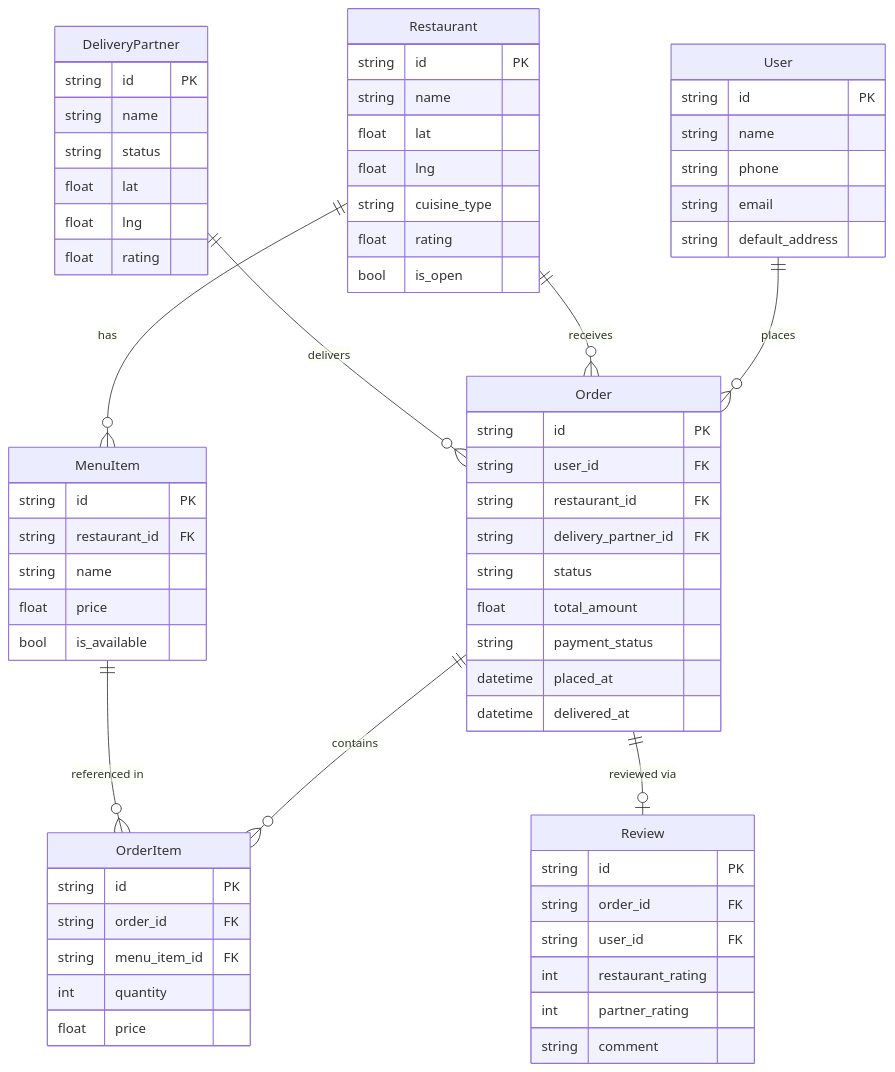
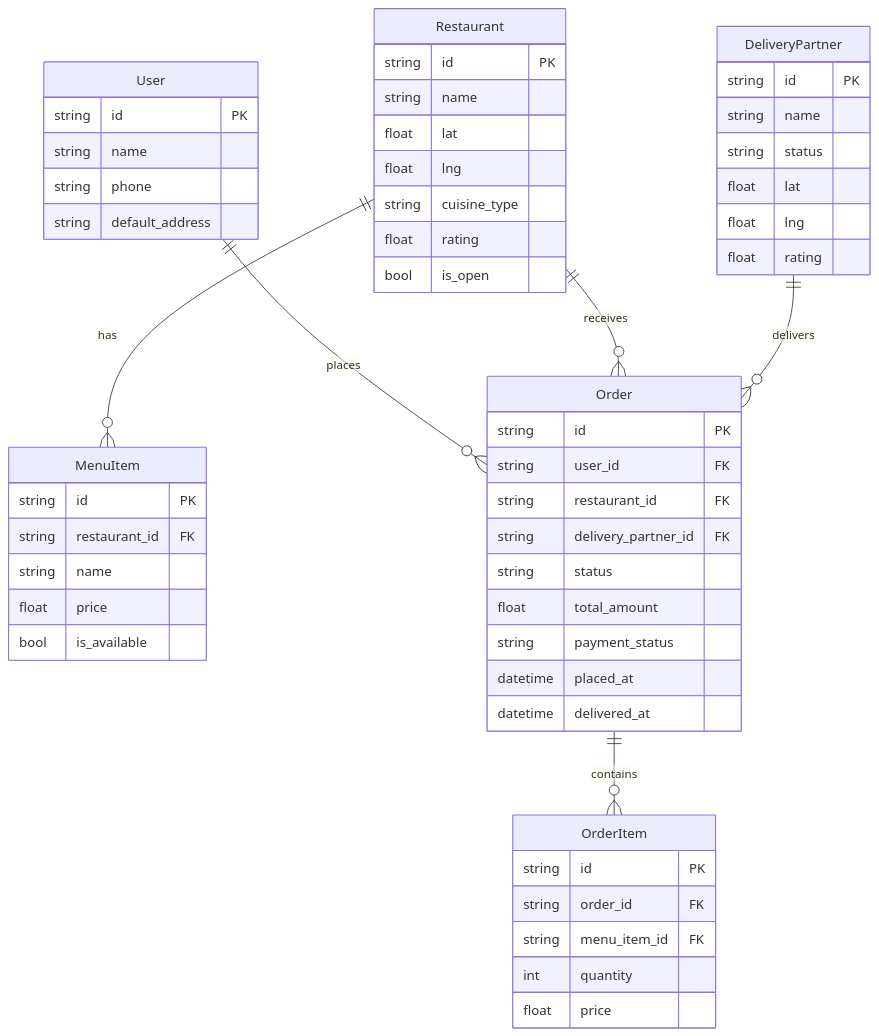
Before and after one commit to gajwala/DSA-Topic-wise: the first of 8 diagrams in SYSTEM_DESIGN/Food Delivery System.md, drawn with Mermaid. The commit also changed other lines of this file, not shown here.

````diff
--- a/SYSTEM_DESIGN/Food Delivery System.md
+++ b/SYSTEM_DESIGN/Food Delivery System.md
@@ -55,68 +51,56 @@
 ```mermaid
 erDiagram
     User {
         string id PK
         string name
         string phone
-        string email
         string default_address
     }
     Restaurant {
         string id PK
         string name
         float lat
         float lng
         string cuisine_type
         float rating
         bool is_open
     }
     MenuItem {
         string id PK
         string restaurant_id FK
         string name
         float price
         bool is_available
     }
     Order {
         string id PK
         string user_id FK
         string restaurant_id FK
         string delivery_partner_id FK
         string status
         float total_amount
         string payment_status
         datetime placed_at
         datetime delivered_at
     }
     OrderItem {
         string id PK
         string order_id FK
         string menu_item_id FK
         int quantity
         float price
     }
     DeliveryPartner {
         string id PK
         string name
         string status
         float lat
         float lng
         float rating
     }
-    Review {
-        string id PK
-        string order_id FK
-        string user_id FK
-        int restaurant_rating
-        int partner_rating
-        string comment
-    }
-
     User ||--o{ Order : "places"
     Restaurant ||--o{ Order : "receives"
     Restaurant ||--o{ MenuItem : "has"
     Order ||--o{ OrderItem : "contains"
-    MenuItem ||--o{ OrderItem : "referenced in"
     DeliveryPartner ||--o{ Order : "delivers"
-    Order ||--o| Review : "reviewed via"
 ```
````
